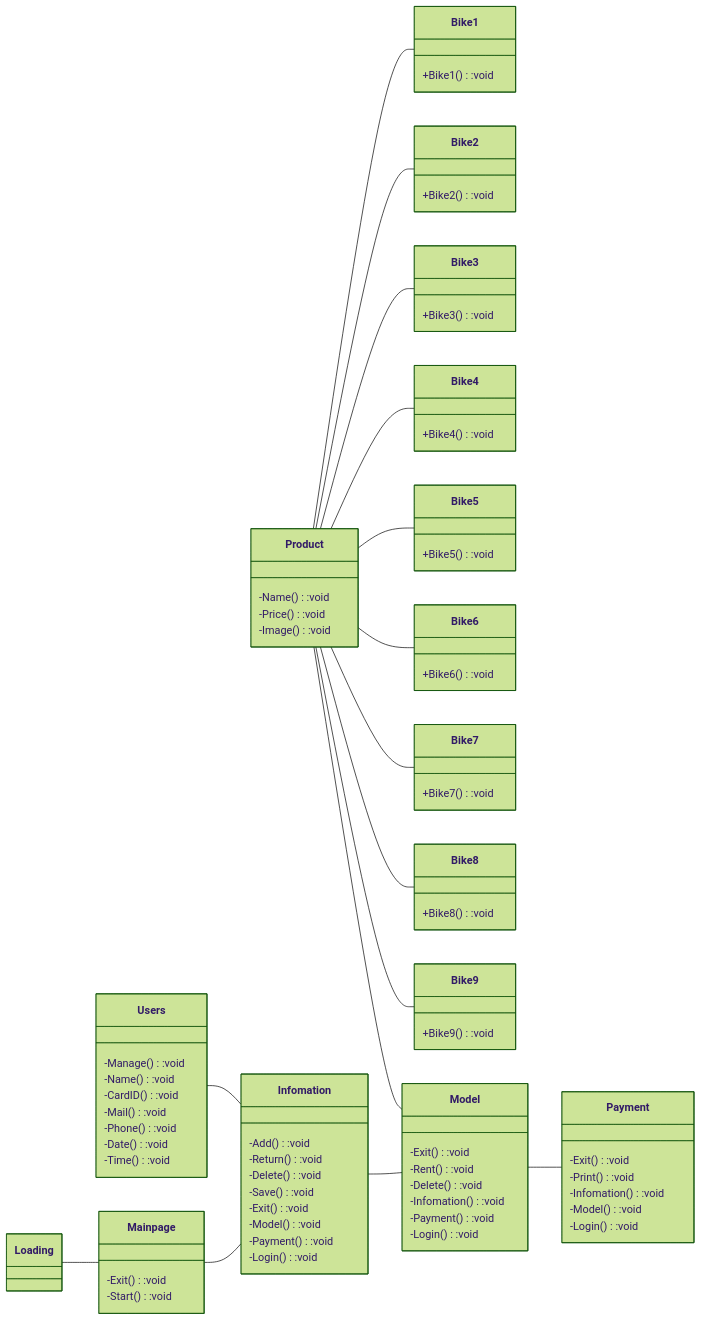
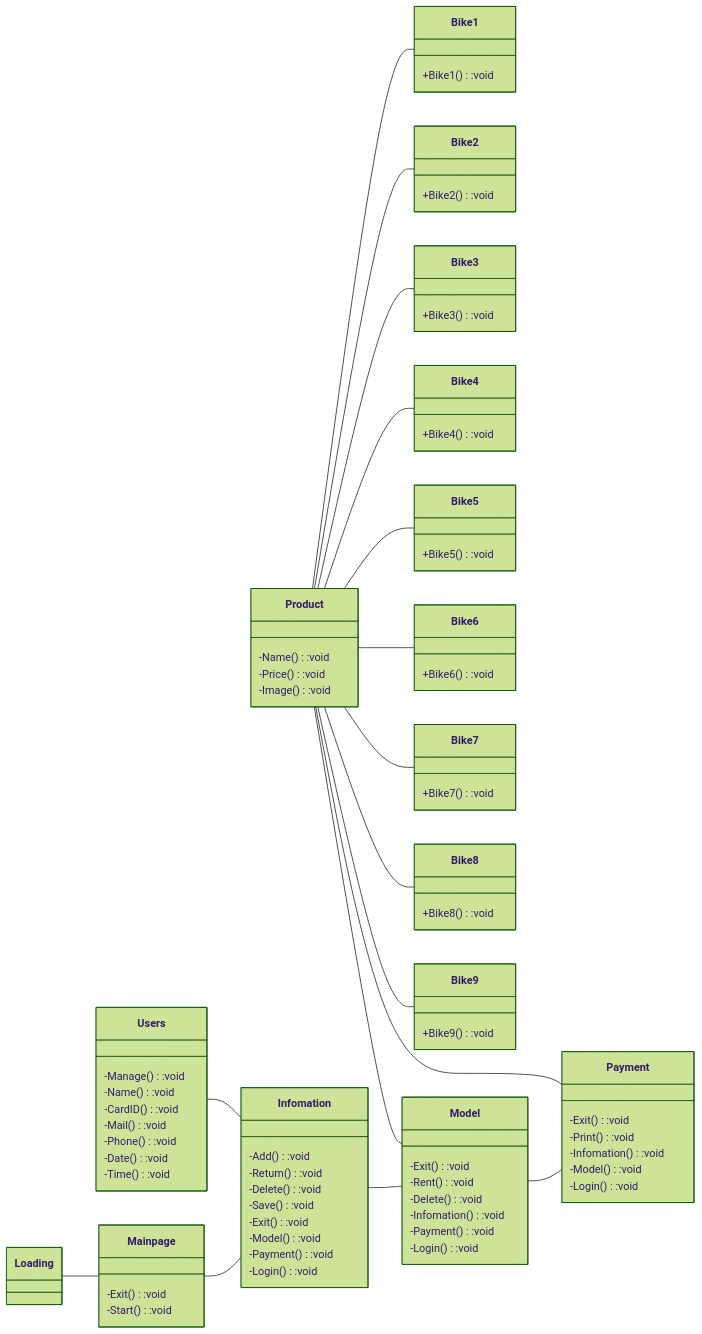
Before and after one commit to pathipat11/Final-Project-OOP: the diagram in README.md, drawn with Mermaid (forest theme).

```diff
--- a/README.md
+++ b/README.md
@@ -97,6 +97,7 @@
   -Model():void
   -Login():void
 }  
+  Product -- Payment
   Users -- Infomation
   Product -- Model
   Loading -- Mainpage
```
